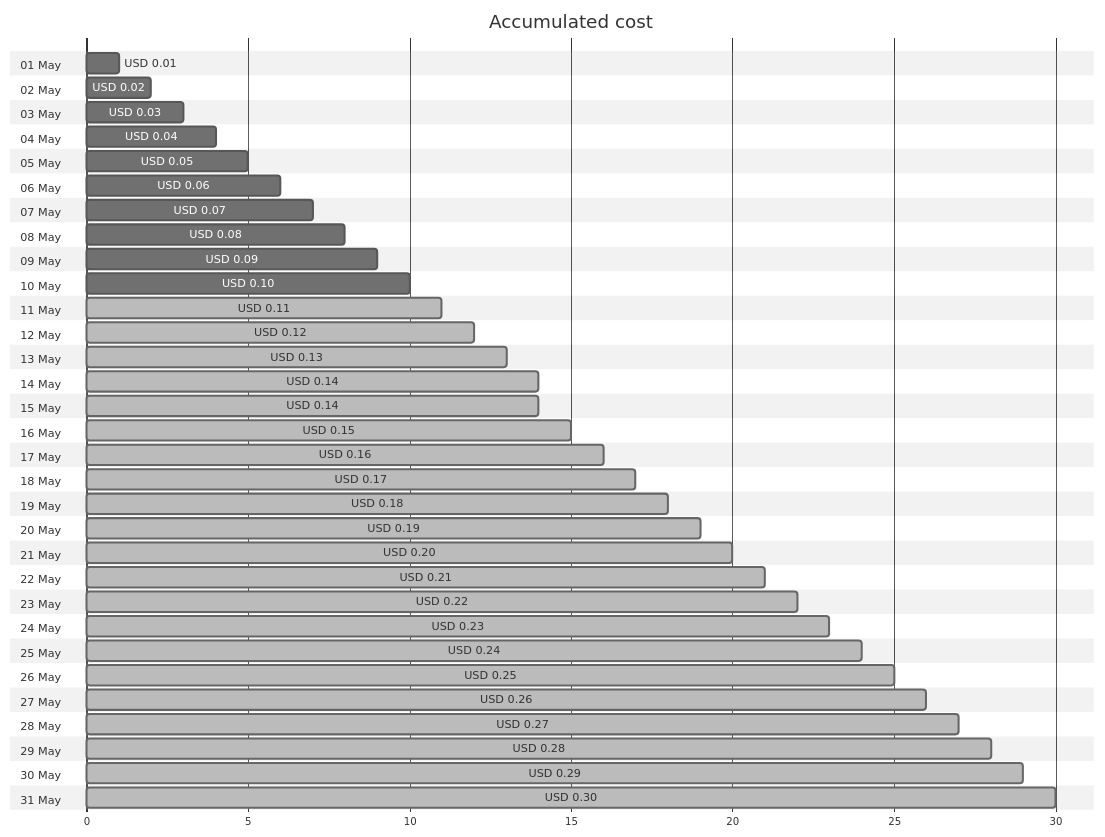
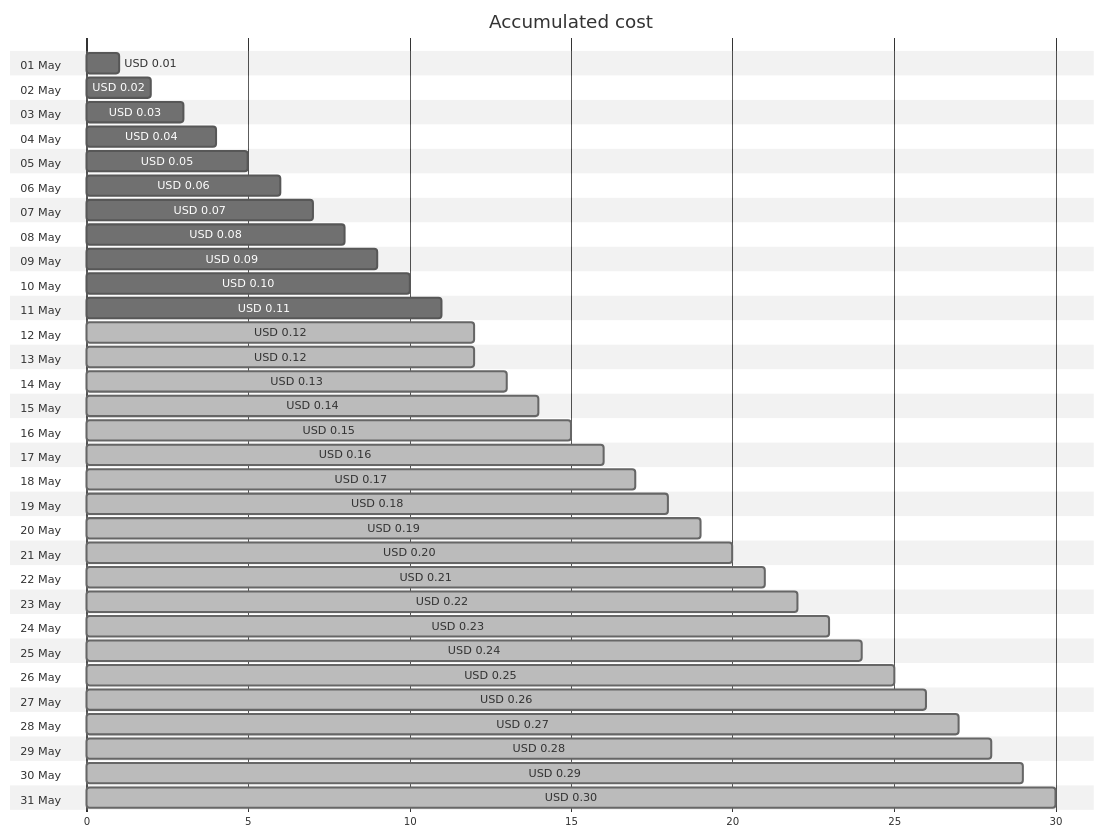
Before and after one commit to jpfulton/azure-personal-reports: the first of 4 diagrams in cost-reports/cloud-shell-storage-eastus/README.md, drawn with Mermaid (neutral theme). The commit also changed other lines of this file and 1 other file, not shown here.

````diff
--- a/cost-reports/cloud-shell-storage-eastus/README.md
+++ b/cost-reports/cloud-shell-storage-eastus/README.md
@@ -20,68 +20,68 @@
 ```mermaid
 gantt
    title Accumulated cost
    dateFormat  X
    axisFormat %s
    section 01 May
    USD 0.01 :0, 1
    section 02 May
    USD 0.02 :0, 2
    section 03 May
    USD 0.03 :0, 3
    section 04 May
    USD 0.04 :0, 4
    section 05 May
    USD 0.05 :0, 5
    section 06 May
    USD 0.06 :0, 6
    section 07 May
    USD 0.07 :0, 7
    section 08 May
    USD 0.08 :0, 8
    section 09 May
    USD 0.09 :0, 9
    section 10 May
    USD 0.10 :0, 10
    section 11 May
-   USD 0.11 : done, 0, 11
+   USD 0.11 :0, 11
    section 12 May
    USD 0.12 : done, 0, 12
    section 13 May
+   USD 0.12 : done, 0, 12
+   section 14 May
    USD 0.13 : done, 0, 13
-   section 14 May
-   USD 0.14 : done, 0, 14
    section 15 May
    USD 0.14 : done, 0, 14
    section 16 May
    USD 0.15 : done, 0, 15
    section 17 May
    USD 0.16 : done, 0, 16
    section 18 May
    USD 0.17 : done, 0, 17
    section 19 May
    USD 0.18 : done, 0, 18
    section 20 May
    USD 0.19 : done, 0, 19
    section 21 May
    USD 0.20 : done, 0, 20
    section 22 May
    USD 0.21 : done, 0, 21
    section 23 May
    USD 0.22 : done, 0, 22
    section 24 May
    USD 0.23 : done, 0, 23
    section 25 May
    USD 0.24 : done, 0, 24
    section 26 May
    USD 0.25 : done, 0, 25
    section 27 May
    USD 0.26 : done, 0, 26
    section 28 May
    USD 0.27 : done, 0, 27
    section 29 May
    USD 0.28 : done, 0, 28
    section 30 May
    USD 0.29 : done, 0, 29
    section 31 May
    USD 0.30 : done, 0, 30
 ```
````
